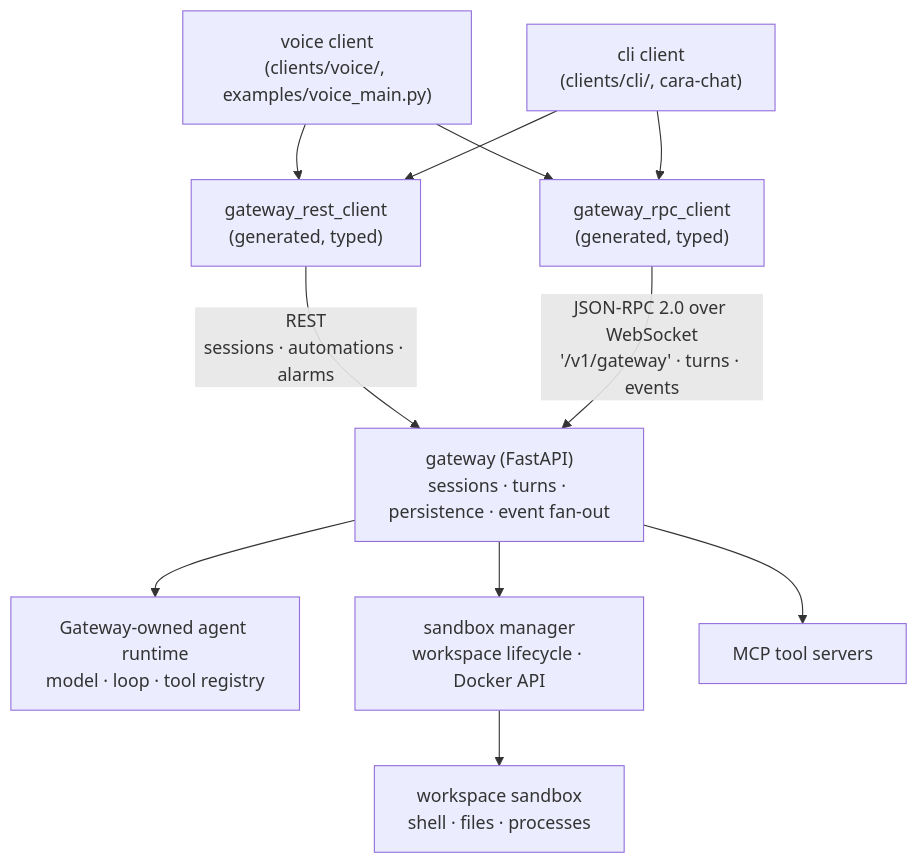
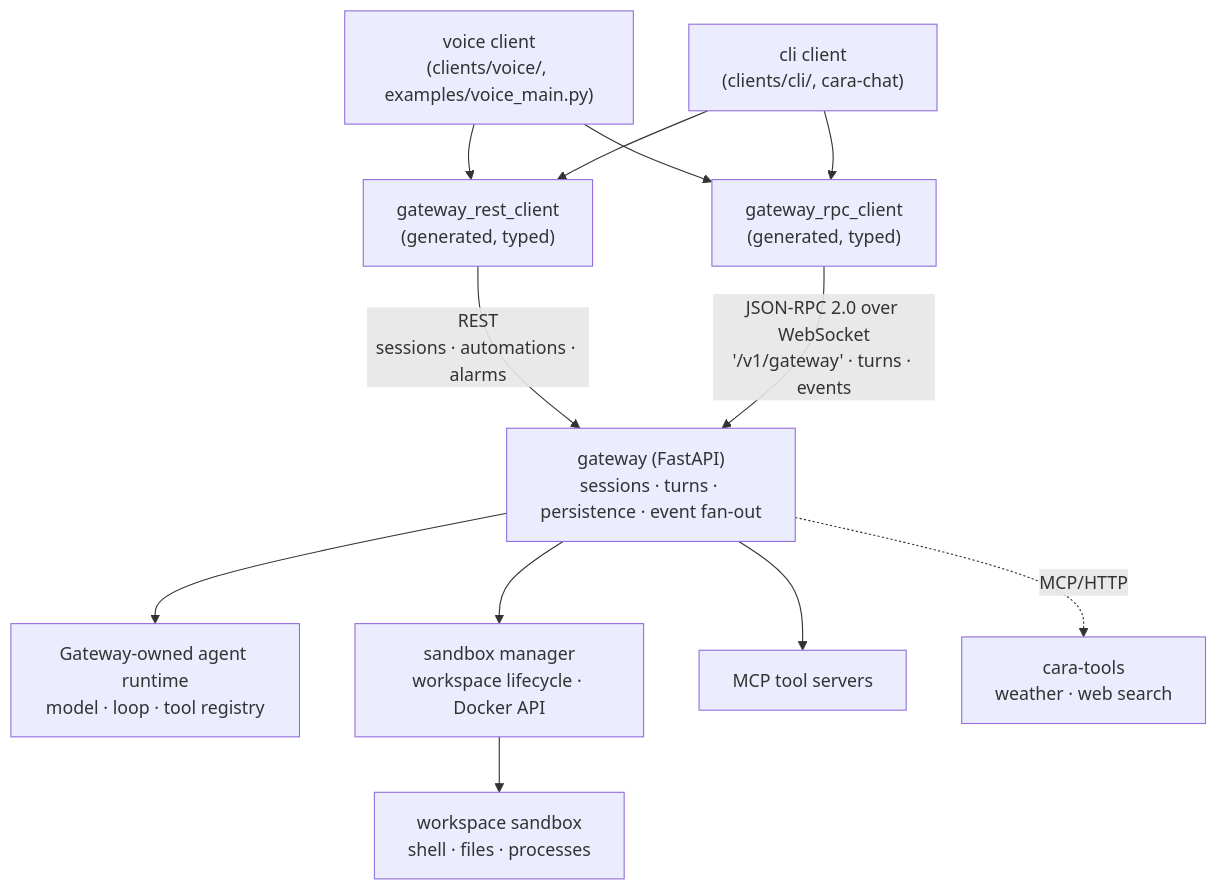
Before and after one commit to mathisarends/cara: the first of 2 diagrams in README.md, drawn with Mermaid. The commit also changed other lines of this file and 37 other files, not shown here.

Commit message:
feat: move information tools to MCP service

````diff
--- a/README.md
+++ b/README.md
@@ -33,23 +33,24 @@
 ```mermaid
 flowchart TD
     Voice["voice client<br/>(clients/voice/, examples/voice_main.py)"]
     Cli["cli client<br/>(clients/cli/, cara-chat)"]
     Rest["gateway_rest_client<br/>(generated, typed)"]
     Rpc["gateway_rpc_client<br/>(generated, typed)"]
     Gateway["gateway (FastAPI)<br/>sessions · turns · persistence · event fan-out"]
     Agent["Gateway-owned agent runtime<br/>model · loop · tool registry"]
     Manager["sandbox manager<br/>workspace lifecycle · Docker API"]
     Sandbox["workspace sandbox<br/>shell · files · processes"]
     MCP["MCP tool servers"]
 
     Voice --> Rest
     Voice --> Rpc
     Cli --> Rest
     Cli --> Rpc
     Rest -- "REST<br/>sessions · automations · alarms" --> Gateway
     Rpc -- "JSON-RPC 2.0 over WebSocket<br/>'/v1/gateway' · turns · events" --> Gateway
     Gateway --> Agent
     Gateway --> Manager
     Manager --> Sandbox
     Gateway --> MCP
+    Gateway -. "MCP/HTTP" .-> CaraTools["cara-tools<br/>weather · web search"]
 ```
````
